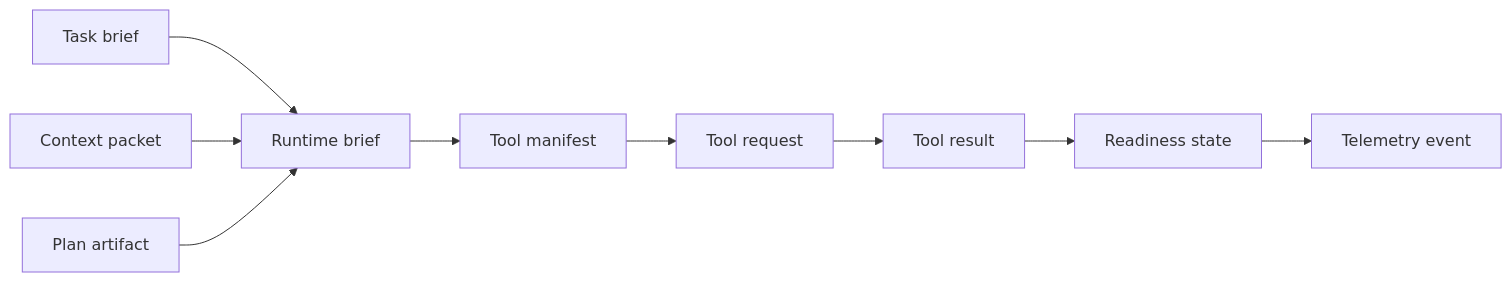
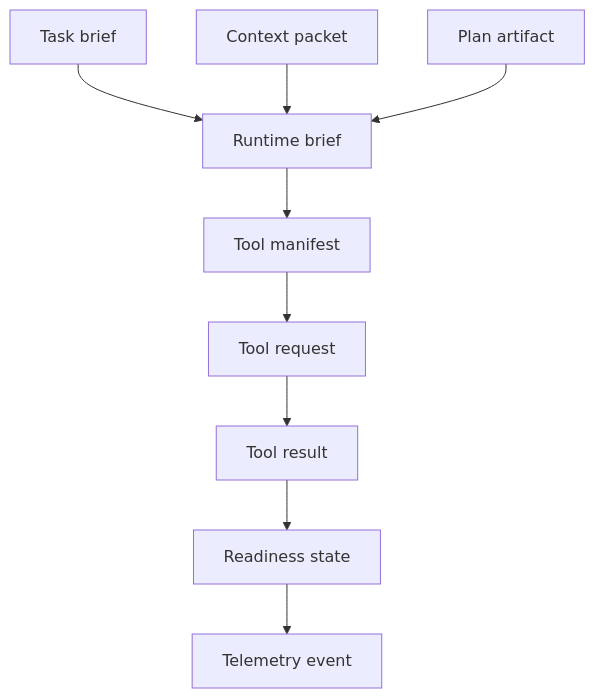
Before and after one commit to BLuchterhand/Idiom: the second of 2 diagrams in docs/obsidian/03 - Architecture Layers.md, drawn with Mermaid. The commit also changed 16 other files, not shown here.

Commit message:
docs: mark roadmap items in obsidian notes

````diff
--- a/docs/obsidian/03 - Architecture Layers.md
+++ b/docs/obsidian/03 - Architecture Layers.md
@@ -131,21 +131,21 @@
 ```mermaid
-flowchart LR
+flowchart TD
     Brief["Task brief"]
     RuntimeBrief["Runtime brief"]
     ToolManifest["Tool manifest"]
     ToolRequest["Tool request"]
     ToolResult["Tool result"]
     Plan["Plan artifact"]
     Packet["Context packet"]
     Readiness["Readiness state"]
     Telemetry["Telemetry event"]
 
     Brief --> RuntimeBrief
     RuntimeBrief --> ToolManifest
     ToolManifest --> ToolRequest
     ToolRequest --> ToolResult
     Packet --> RuntimeBrief
     Plan --> RuntimeBrief
     ToolResult --> Readiness
     Readiness --> Telemetry
 ```
````
